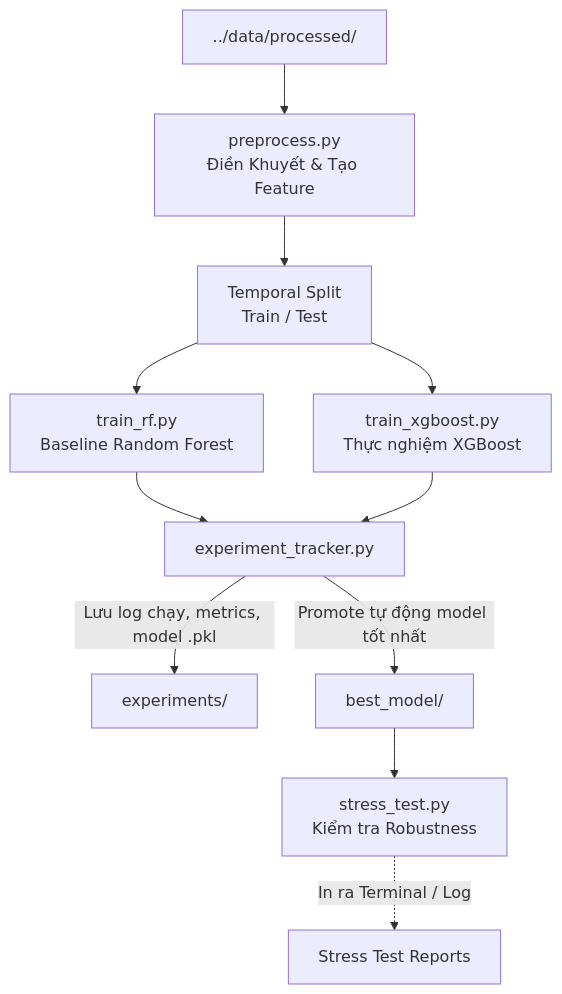
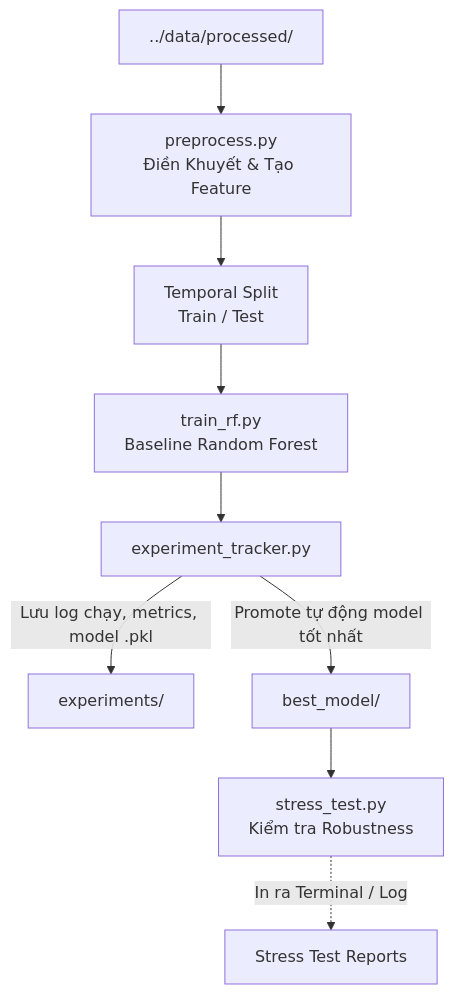
The diagram in model/README.md (uit-25730067-chithanh/AI002-Team22-DT10), drawn with Mermaid before and after one commit. The commit also changed other lines of this file and 26 other files, not shown here.

````diff
--- a/model/README.md
+++ b/model/README.md
@@ -15,17 +15,14 @@
 ```mermaid
 flowchart TD
     Data["../data/processed/"] --> Preprocess["preprocess.py<br/>Điền Khuyết & Tạo Feature"]
     
     Preprocess --> Split["Temporal Split<br/>Train / Test"]
     Split --> TrainRF["train_rf.py<br/>Baseline Random Forest"]
-    Split --> TrainXGB["train_xgboost.py<br/>Thực nghiệm XGBoost"]
-    
     TrainRF --> Tracker["experiment_tracker.py"]
-    TrainXGB --> Tracker
     
     Tracker -->|Lưu log chạy, metrics, model .pkl| Exps["experiments/"]
     Tracker -->|Promote tự động model tốt nhất| Best["best_model/"]
     
     Best --> Stress["stress_test.py<br/>Kiểm tra Robustness"]
     Stress -.->|In ra Terminal / Log| Result["Stress Test Reports"]
 ```
````
